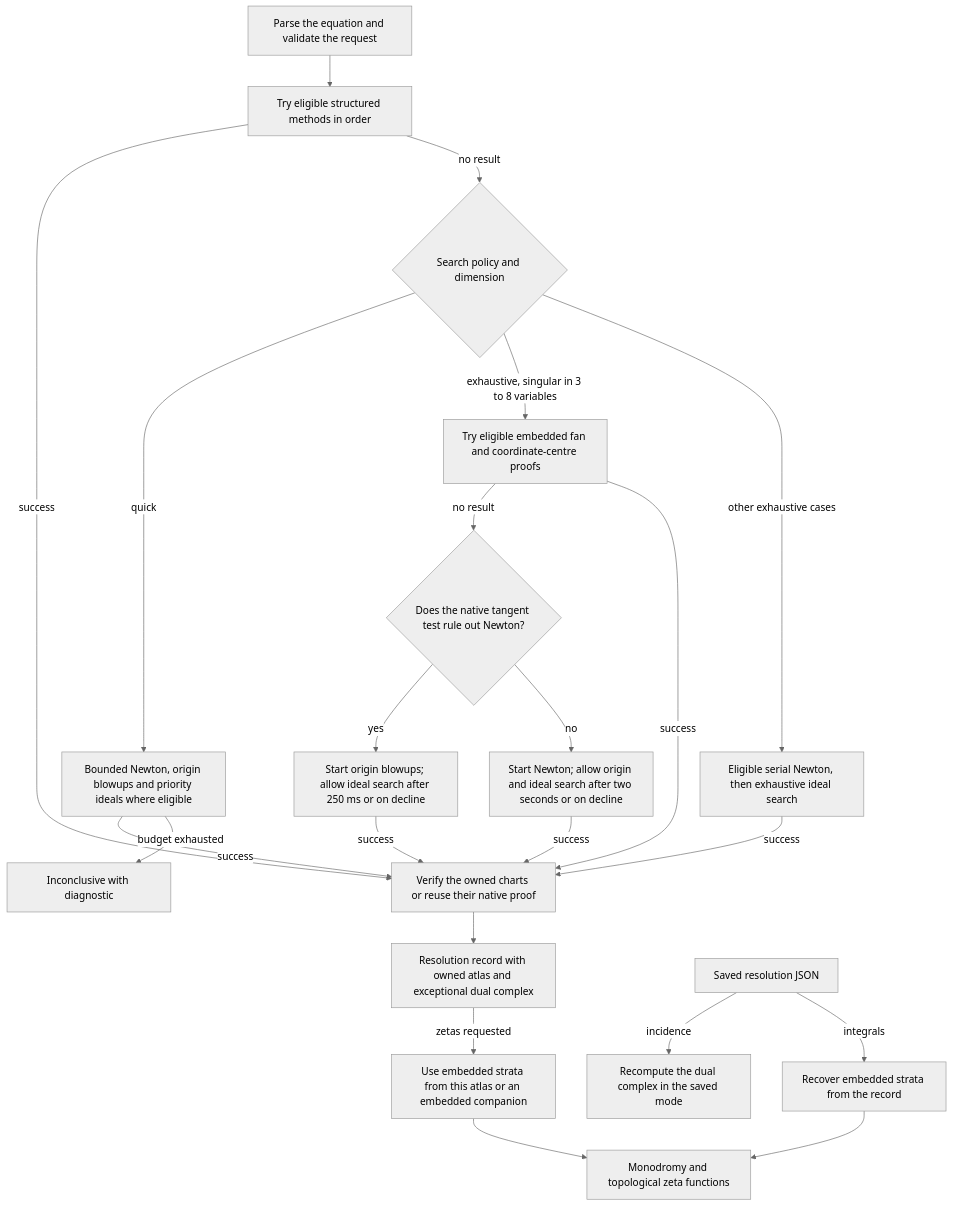
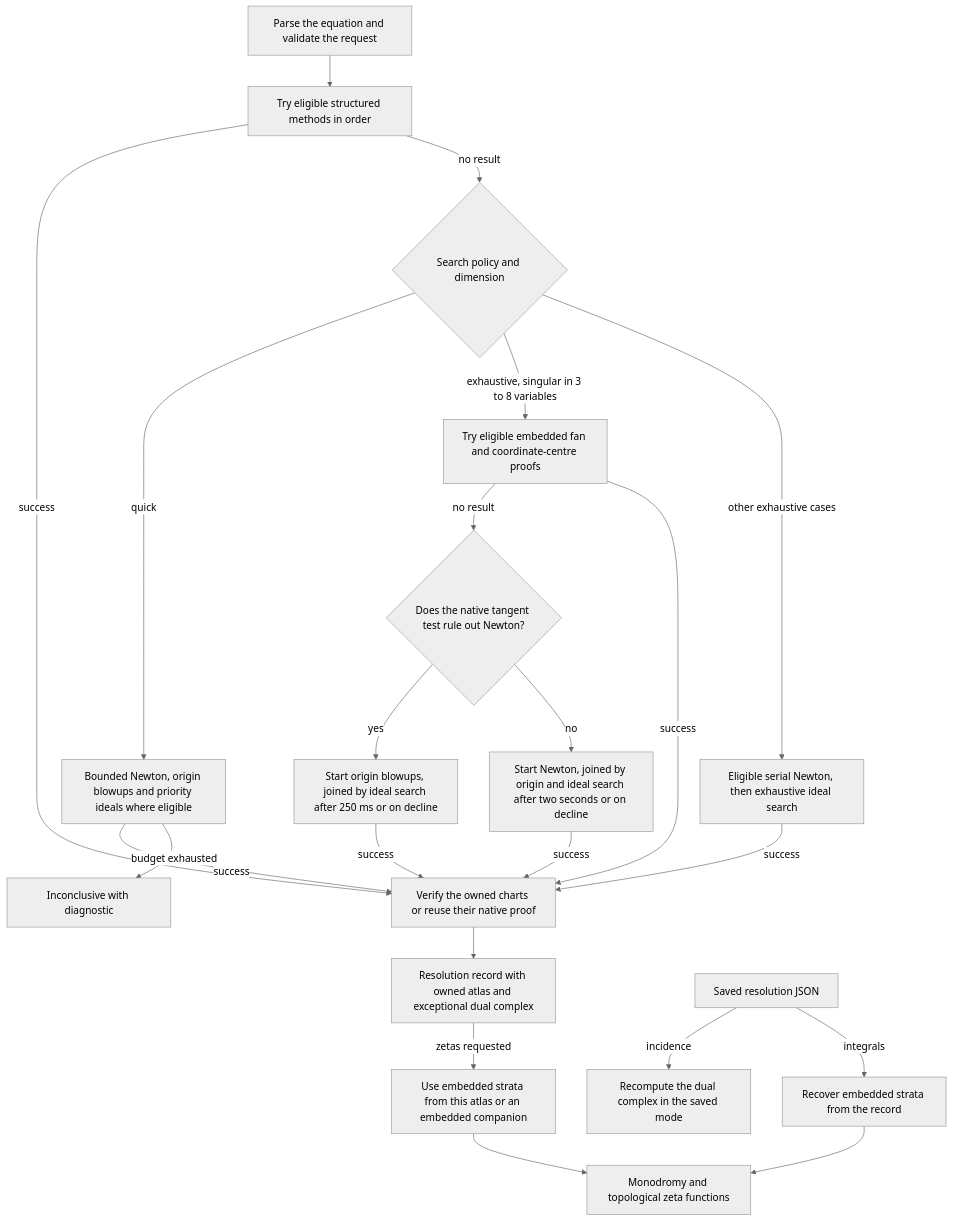
The diagram in docs/resolution-pipeline.md (pportilla/atlas), drawn with Mermaid (neutral theme) before and after one commit. The commit also changed other lines of this file and 6 other files, not shown here.

````diff
--- a/docs/resolution-pipeline.md
+++ b/docs/resolution-pipeline.md
@@ -7,24 +7,24 @@
 ```mermaid
 flowchart TD
     A["Parse the equation and validate the request"] --> B["Try eligible structured methods in order"]
     B -->|success| V["Verify the owned charts or reuse their native proof"]
     B -->|no result| P{"Search policy and dimension"}
     P -->|quick| Q["Bounded Newton, origin blowups and priority ideals where eligible"]
     P -->|exhaustive, singular in 3 to 8 variables| X["Try eligible embedded fan and coordinate-centre proofs"]
     X -->|no result| N{"Does the native tangent test rule out Newton?"}
-    N -->|yes| O["Start origin blowups; allow ideal search after 250 ms or on decline"]
-    N -->|no| W["Start Newton; allow origin and ideal search after two seconds or on decline"]
+    N -->|yes| O["Start origin blowups, joined by ideal search after 250 ms or on decline"]
+    N -->|no| W["Start Newton, joined by origin and ideal search after two seconds or on decline"]
     P -->|other exhaustive cases| I["Eligible serial Newton, then exhaustive ideal search"]
     Q -->|success| V
     Q -->|budget exhausted| U["Inconclusive with diagnostic"]
     X -->|success| V
     O -->|success| V
     W -->|success| V
     I -->|success| V
     V --> R["Resolution record with owned atlas and exceptional dual complex"]
     R -->|zetas requested| S["Use embedded strata from this atlas or an embedded companion"]
     S --> Z["Monodromy and topological zeta functions"]
     H["Saved resolution JSON"] -->|incidence| D["Recompute the dual complex in the saved mode"]
     H -->|integrals| T["Recover embedded strata from the record"]
     T --> Z
 ```
````
